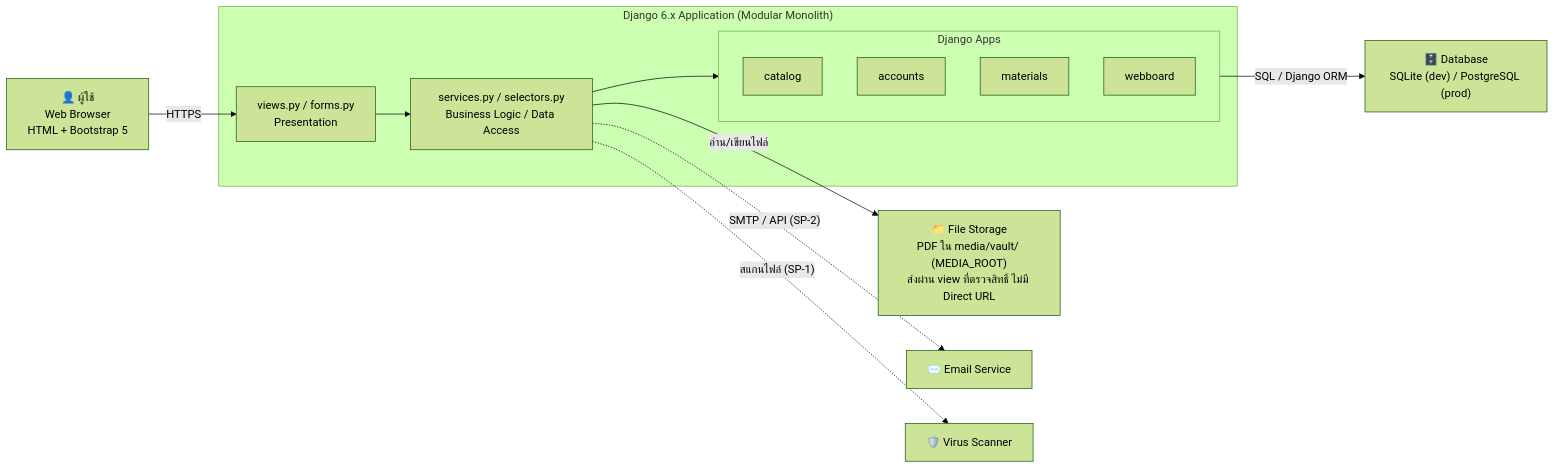
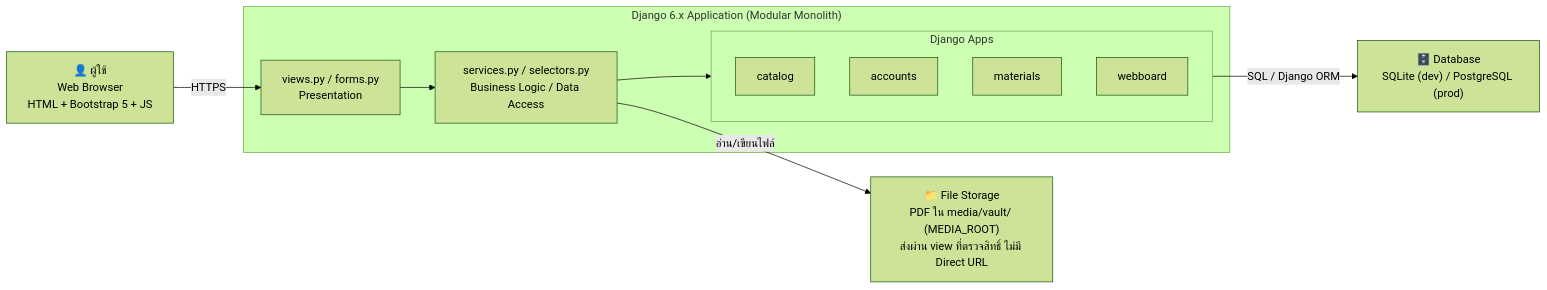
One commit to Jupiter4428/cntagram changed the second of 4 diagrams in README.md. Above: the diagram before and after it, drawn with Mermaid (forest theme). The commit also changed other lines of this file and 14 other files, not shown here.

````diff
--- a/README.md
+++ b/README.md
@@ -106,26 +78,22 @@
 ```mermaid
 flowchart LR
-    U["👤 ผู้ใช้<br/>Web Browser<br/>HTML + Bootstrap 5"]
+    U["👤 ผู้ใช้<br/>Web Browser<br/>HTML + Bootstrap 5 + JS"]
     subgraph APP["Django 6.x Application (Modular Monolith)"]
         V["views.py / forms.py<br/>Presentation"]
         SV["services.py / selectors.py<br/>Business Logic / Data Access"]
         V --> SV
         subgraph APPS["Django Apps"]
             CAT["catalog"]
             ACC["accounts"]
             MAT["materials"]
             WEB["webboard"]
         end
         SV --> APPS
     end
     DB["🗄️ Database<br/>SQLite (dev) / PostgreSQL (prod)"]
     FS["📁 File Storage<br/>PDF ใน media/vault/ (MEDIA_ROOT)<br/>ส่งผ่าน view ที่ตรวจสิทธิ์ ไม่มี Direct URL"]
-    MAIL["✉️ Email Service"]
-    AV["🛡️ Virus Scanner"]
 
     U -- "HTTPS" --> V
     APPS -- "SQL / Django ORM" --> DB
     SV -- "อ่าน/เขียนไฟล์" --> FS
-    SV -. "SMTP / API (SP-2)" .-> MAIL
-    SV -. "สแกนไฟล์ (SP-1)" .-> AV
 ```
````
